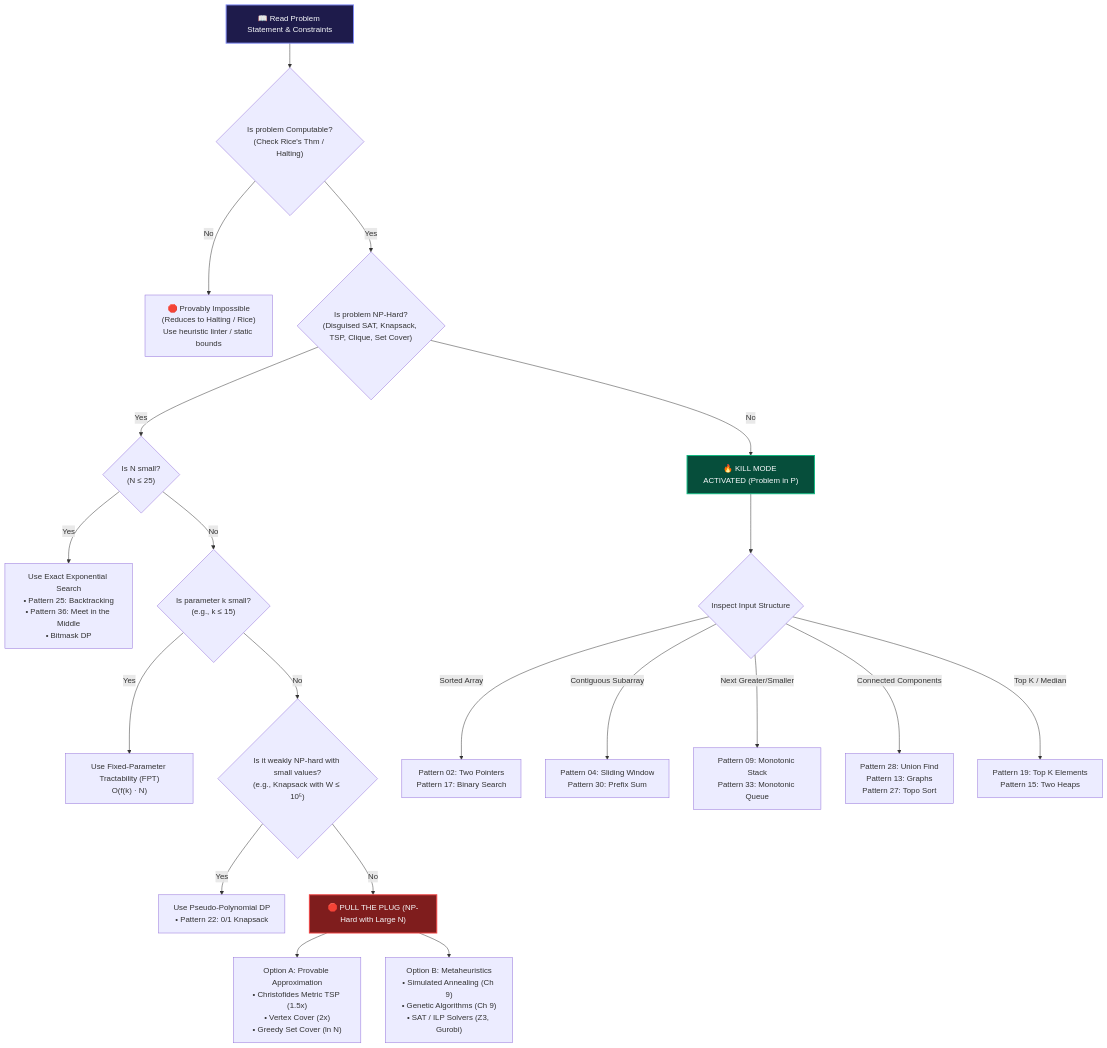
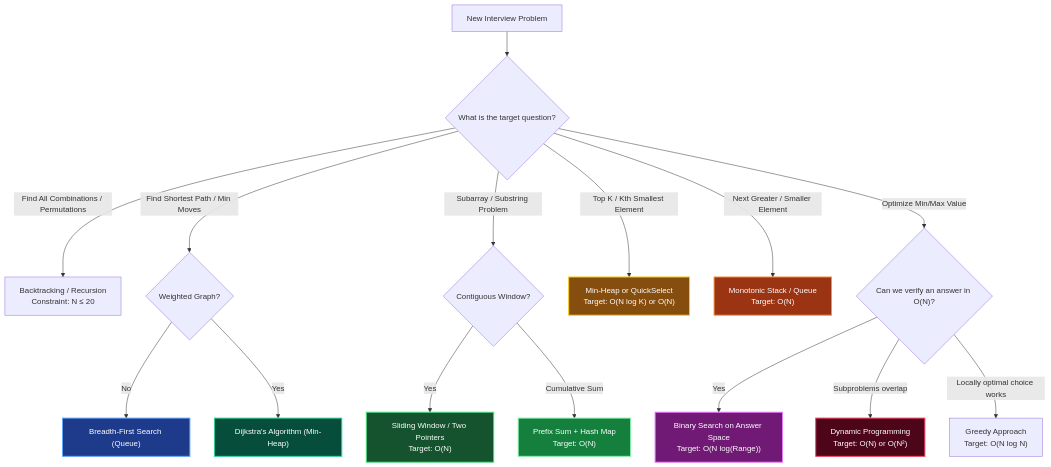
One commit to vadde/DSA changed the second of 2 diagrams in 00 - Fundamentals/000 - Theoretical Foundations (The Complete Guide)/12_kill_mode_vs_pull_plug.md. Above: the diagram before and after it, drawn with Mermaid. The commit also changed other lines of this file and 14 other files, not shown here.

````diff
--- a/00 - Fundamentals/000 - Theoretical Foundations (The Complete Guide)/12_kill_mode_vs_pull_plug.md
+++ b/00 - Fundamentals/000 - Theoretical Foundations (The Complete Guide)/12_kill_mode_vs_pull_plug.md
@@ -81,33 +53,30 @@
 ```mermaid
 flowchart TD
-    START["📖 Read Problem Statement & Constraints"] --> Q_COMP{"Is problem Computable?\n(Check Rice's Thm / Halting)"}
+    Start["New Interview Problem"] --> Q1{"What is the target question?"}
 
-    Q_COMP -- No --> HALT["🛑 Provably Impossible\n(Reduces to Halting / Rice)\nUse heuristic linter / static bounds"]
-    Q_COMP -- Yes --> Q_NP{"Is problem NP-Hard?\n(Disguised SAT, Knapsack, TSP, Clique, Set Cover)"}
+    Q1 -- "Find All Combinations / Permutations" --> Subsets["Backtracking / Recursion\nConstraint: N ≤ 20"]
+    Q1 -- "Find Shortest Path / Min Moves" --> Unweighted{"Weighted Graph?"}
+    Unweighted -- No --> BFS["Breadth-First Search (Queue)"]
+    Unweighted -- Yes --> Dijkstra["Dijkstra's Algorithm (Min-Heap)"]
 
-    Q_NP -- No --> KILL_BRANCH["🔥 KILL MODE ACTIVATED (Problem in P)"]
-    Q_NP -- Yes --> Q_SIZE{"Is N small?\n(N ≤ 25)"}
+    Q1 -- "Subarray / Substring Problem" --> Subarray{"Contiguous Window?"}
+    Subarray -- Yes --> TwoPointers["Sliding Window / Two Pointers\nTarget: O(N)"]
+    Subarray -- Cumulative Sum --> Prefix["Prefix Sum + Hash Map\nTarget: O(N)"]
 
-    Q_SIZE -- Yes --> EXACT_EXP["Use Exact Exponential Search\n• Pattern 25: Backtracking\n• Pattern 36: Meet in the Middle\n• Bitmask DP"]
-    Q_SIZE -- No --> Q_PARAM{"Is parameter k small?\n(e.g., k ≤ 15)"}
+    Q1 -- "Top K / Kth Smallest Element" --> Kth["Min-Heap or QuickSelect\nTarget: O(N log K) or O(N)"]
+    Q1 -- "Next Greater / Smaller Element" --> Mono["Monotonic Stack / Queue\nTarget: O(N)"]
 
-    Q_PARAM -- Yes --> FPT_SOL["Use Fixed-Parameter Tractability (FPT)\nO(f(k) · N)"]
-    Q_PARAM -- No --> Q_PSEUDO{"Is it weakly NP-hard with small values?\n(e.g., Knapsack with W ≤ 10⁵)"}
+    Q1 -- "Optimize Min/Max Value" --> Opt{"Can we verify an answer in O(N)?"}
+    Opt -- Yes --> BSAns["Binary Search on Answer Space\nTarget: O(N log(Range))"]
+    Opt -- Subproblems overlap --> DP["Dynamic Programming\nTarget: O(N) or O(N²)"]
+    Opt -- Locally optimal choice works --> Greedy["Greedy Approach\nTarget: O(N log N)"]
 
-    Q_PSEUDO -- Yes --> PSEUDO_DP["Use Pseudo-Polynomial DP\n• Pattern 22: 0/1 Knapsack"]
-    Q_PSEUDO -- No --> PULL_BRANCH["🛑 PULL THE PLUG (NP-Hard with Large N)"]
-
-    PULL_BRANCH --> APPROX["Option A: Provable Approximation\n• Christofides Metric TSP (1.5x)\n• Vertex Cover (2x)\n• Greedy Set Cover (ln N)"]
-    PULL_BRANCH --> META["Option B: Metaheuristics\n• Simulated Annealing (Ch 9)\n• Genetic Algorithms (Ch 9)\n• SAT / ILP Solvers (Z3, Gurobi)"]
-
-    KILL_BRANCH --> Q_INPUT{"Inspect Input Structure"}
-    Q_INPUT -->|"Sorted Array"| P_SORT["Pattern 02: Two Pointers\nPattern 17: Binary Search"]
-    Q_INPUT -->|"Contiguous Subarray"| P_WINDOW["Pattern 04: Sliding Window\nPattern 30: Prefix Sum"]
-    Q_INPUT -->|"Next Greater/Smaller"| P_MONO["Pattern 09: Monotonic Stack\nPattern 33: Monotonic Queue"]
-    Q_INPUT -->|"Connected Components"| P_GRAPH["Pattern 28: Union Find\nPattern 13: Graphs\nPattern 27: Topo Sort"]
-    Q_INPUT -->|"Top K / Median"| P_HEAP["Pattern 19: Top K Elements\nPattern 15: Two Heaps"]
-
-    style START fill:#1e1b4b,color:#f8fafc,stroke:#818cf8,stroke-width:2px
-    style KILL_BRANCH fill:#064e3b,color:#f8fafc,stroke:#10b981,stroke-width:2px
-    style PULL_BRANCH fill:#7f1d1d,color:#f8fafc,stroke:#ef4444,stroke-width:2px
+    style BFS fill:#1e3a8a,stroke:#60a5fa,stroke-width:2px,color:#fff
+    style Dijkstra fill:#064e3b,stroke:#34d399,stroke-width:2px,color:#fff
+    style TwoPointers fill:#14532d,stroke:#4ade80,stroke-width:2px,color:#fff
+    style Prefix fill:#15803d,stroke:#86efac,stroke-width:2px,color:#fff
+    style Kth fill:#854d0e,stroke:#facc15,stroke-width:2px,color:#fff
+    style Mono fill:#9a3412,stroke:#fb923c,stroke-width:2px,color:#fff
+    style BSAns fill:#701a75,stroke:#e879f9,stroke-width:2px,color:#fff
+    style DP fill:#4c0519,stroke:#f43f5e,stroke-width:2px,color:#fff
 ```
````
